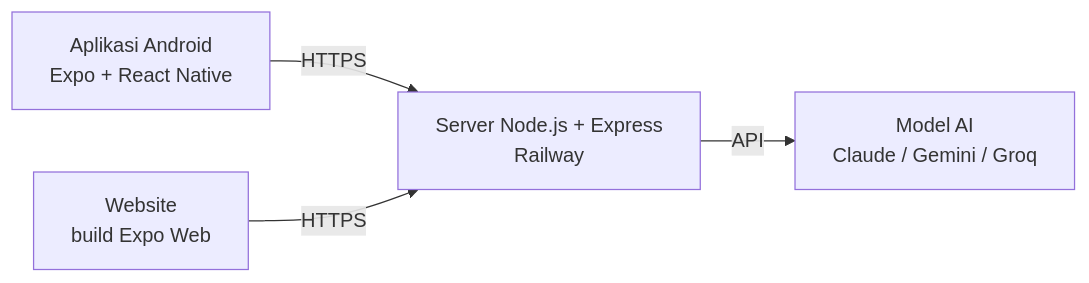
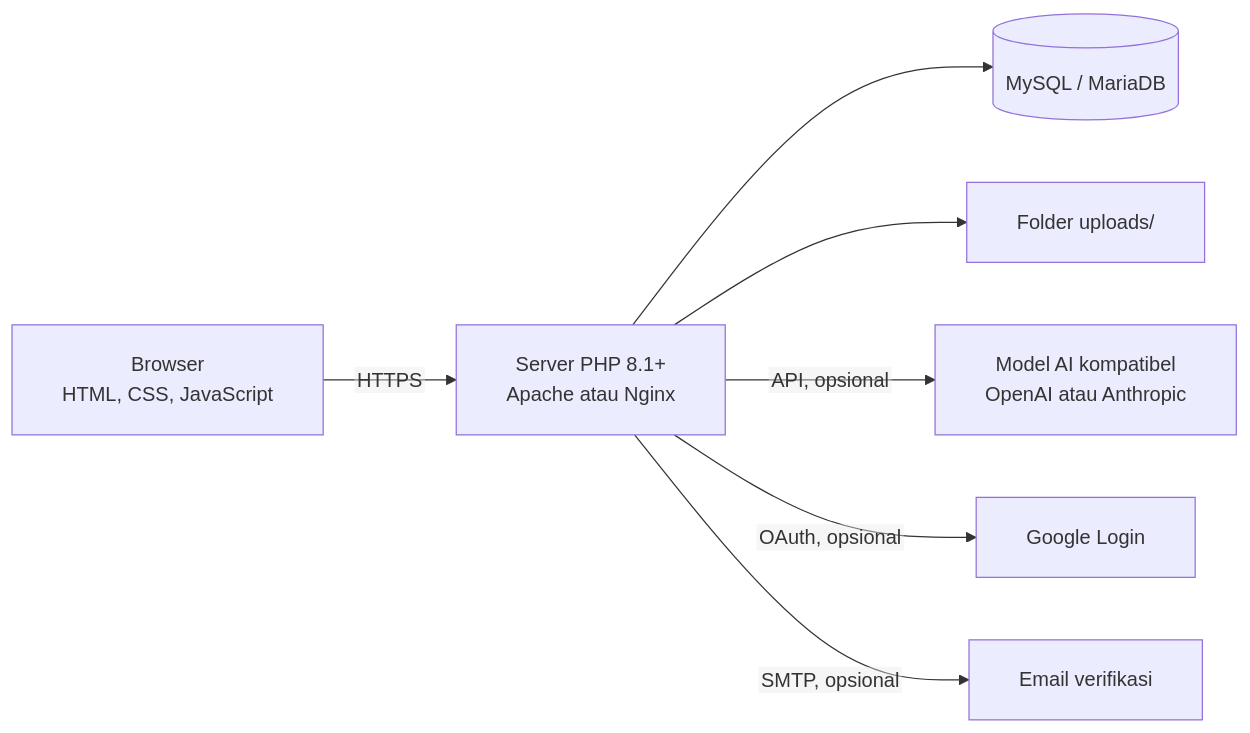
Diagram 12 of 12 in README.md (ZaidAlHibb/ITIHIX), drawn with Mermaid before and after one commit. The commit also changed other lines of this file, not shown here.

````diff
--- a/README.md
+++ b/README.md
@@ -132,6 +444,10 @@
 ```mermaid
+%%{init: {"flowchart": {"htmlLabels": false, "padding": 20}, "themeVariables": {"fontFamily": "Arial, Helvetica, sans-serif"}}}%%
 flowchart LR
-    A[Aplikasi Android<br/>Expo + React Native] -->|HTTPS| S
-    B[Website<br/>build Expo Web] -->|HTTPS| S
-    S[Server Node.js + Express<br/>Railway] -->|API| G[Model AI<br/>Claude / Gemini / Groq]
+    A[Browser<br/>HTML, CSS, JavaScript] -->|HTTPS| S
+    S[Server PHP 8.1+<br/>Apache atau Nginx] --> D[(MySQL / MariaDB)]
+    S --> U[Folder uploads/]
+    S -->|API, opsional| G[Model AI kompatibel<br/>OpenAI atau Anthropic]
+    S -->|OAuth, opsional| O[Google Login]
+    S -->|SMTP, opsional| M[Email verifikasi]
 ```
````
